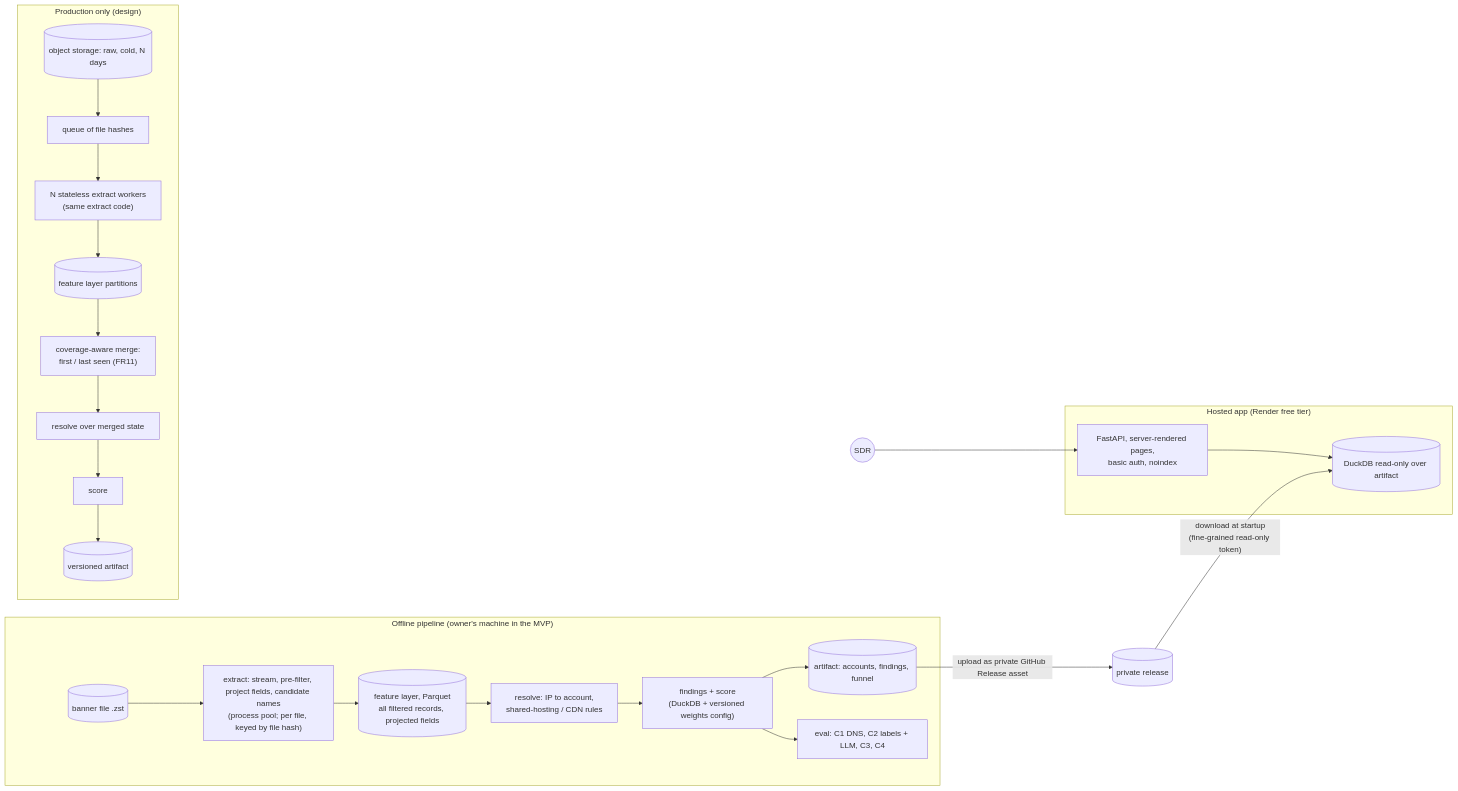
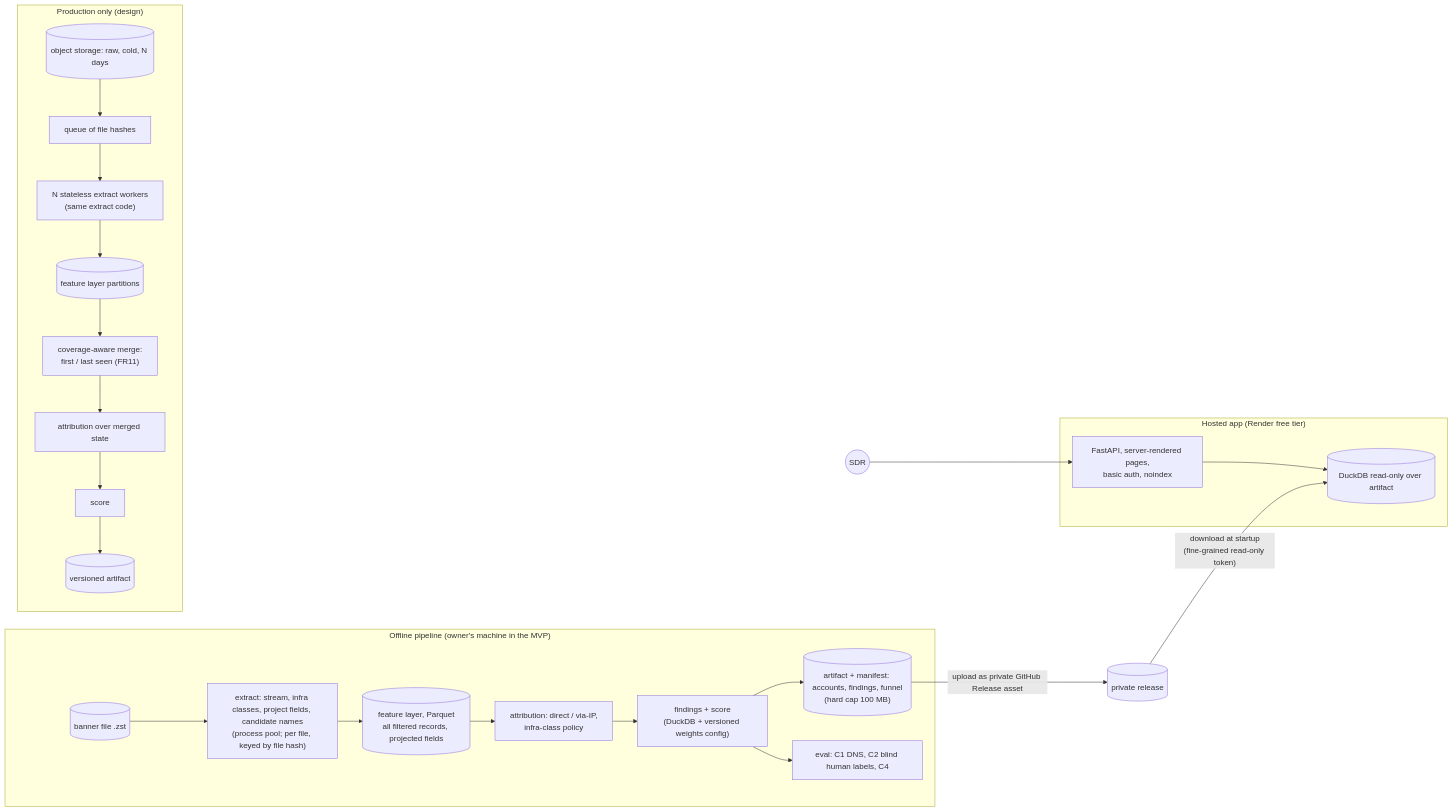
One commit to joun-kazmi/ai-sales-intelligence-platform changed the diagram in docs/design/architecture.md. Above: the diagram before and after it, drawn with Mermaid. The commit also changed other lines of this file and 6 other files, not shown here.

````diff
--- a/docs/design/architecture.md
+++ b/docs/design/architecture.md
@@ -9,22 +10,22 @@
 ```mermaid
 flowchart LR
   subgraph OFF["Offline pipeline (owner's machine in the MVP)"]
-    RAW[("banner file .zst")] --> EXT["extract: stream, pre-filter, project fields, candidate names<br/>(process pool; per file, keyed by file hash)"]
+    RAW[("banner file .zst")] --> EXT["extract: stream, infra classes, project fields, candidate names<br/>(process pool; per file, keyed by file hash)"]
     EXT --> FEAT[("feature layer, Parquet<br/>all filtered records, projected fields")]
-    FEAT --> RES["resolve: IP to account,<br/>shared-hosting / CDN rules"]
+    FEAT --> RES["attribution: direct / via-IP,<br/>infra-class policy"]
     RES --> SCORE["findings + score<br/>(DuckDB + versioned weights config)"]
-    SCORE --> ART[("artifact: accounts, findings, funnel")]
-    SCORE --> EVAL["eval: C1 DNS, C2 labels + LLM, C3, C4"]
+    SCORE --> ART[("artifact + manifest: accounts, findings, funnel<br/>(hard cap 100 MB)")]
+    SCORE --> EVAL["eval: C1 DNS, C2 blind human labels, C4"]
   end
   ART -->|"upload as private GitHub Release asset"| REL[("private release")]
   subgraph APP["Hosted app (Render free tier)"]
     API["FastAPI, server-rendered pages,<br/>basic auth, noindex"] --> DB[("DuckDB read-only over artifact")]
   end
   REL -->|"download at startup<br/>(fine-grained read-only token)"| DB
   SDR(("SDR")) --> API
 
   subgraph PROD["Production only (design)"]
     LAND[("object storage: raw, cold, N days")] --> Q["queue of file hashes"] --> W["N stateless extract workers<br/>(same extract code)"]
-    W --> FEAT2[("feature layer partitions")] --> MERGE["coverage-aware merge:<br/>first / last seen (FR11)"] --> RES2["resolve over merged state"] --> SCORE2["score"] --> ART2[("versioned artifact")]
+    W --> FEAT2[("feature layer partitions")] --> MERGE["coverage-aware merge:<br/>first / last seen (FR11)"] --> RES2["attribution over merged state"] --> SCORE2["score"] --> ART2[("versioned artifact")]
   end
 ```
````
